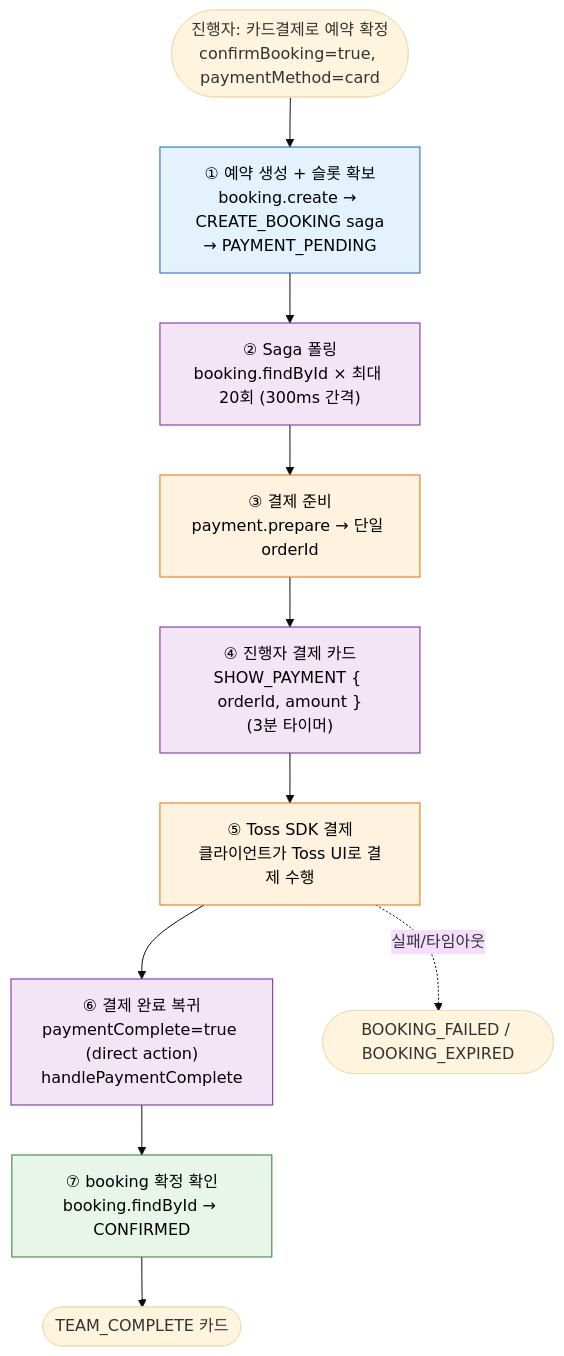
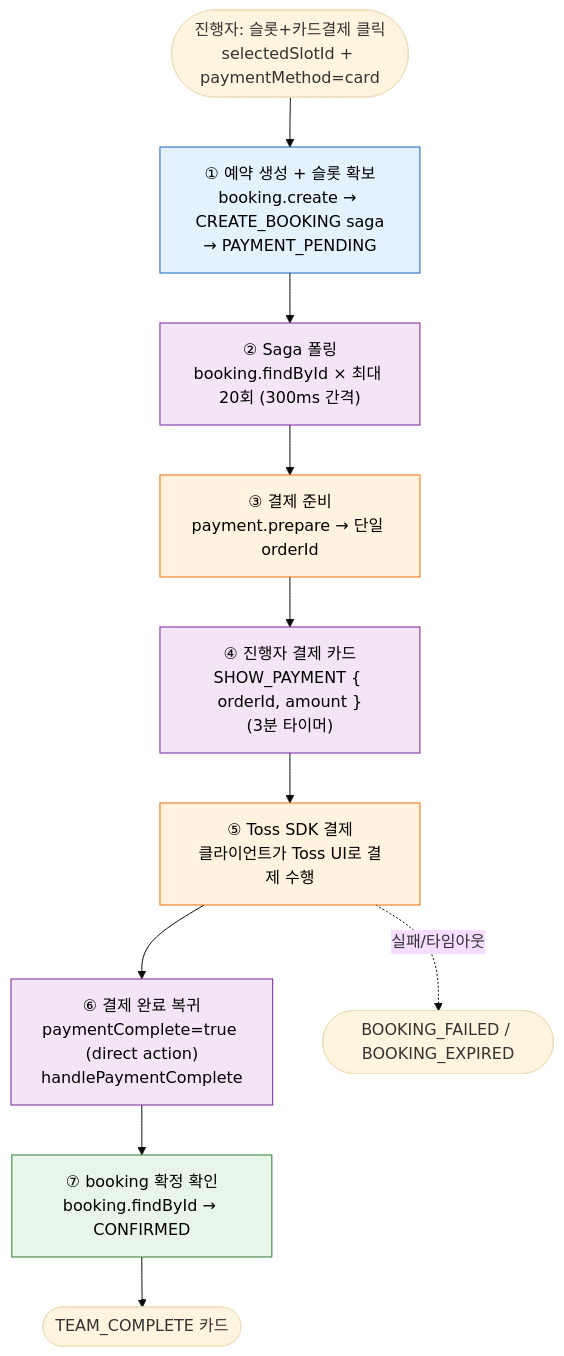
Before and after one commit to uniyous/parkgolf-platform: the first of 3 diagrams in docs/workflow/AGENT_PAY.md, drawn with Mermaid (base theme). The commit also changed other lines of this file and 7 other files, not shown here.

````diff
--- a/docs/workflow/AGENT_PAY.md
+++ b/docs/workflow/AGENT_PAY.md
@@ -39,21 +41,21 @@
 ```mermaid
 flowchart TD
-    Start([진행자: 카드결제로 예약 확정<br/>confirmBooking=true, paymentMethod=card]) --> Create["① 예약 생성 + 슬롯 확보<br/>booking.create → CREATE_BOOKING saga<br/>→ PAYMENT_PENDING"]
+    Start([진행자: 슬롯+카드결제 클릭<br/>selectedSlotId + paymentMethod=card]) --> Create["① 예약 생성 + 슬롯 확보<br/>booking.create → CREATE_BOOKING saga<br/>→ PAYMENT_PENDING"]
     Create --> Poll["② Saga 폴링<br/>booking.findById × 최대 20회 (300ms 간격)"]
     Poll --> Prepare["③ 결제 준비<br/>payment.prepare → 단일 orderId"]
     Prepare --> ShowCard["④ 진행자 결제 카드<br/>SHOW_PAYMENT { orderId, amount }<br/>(3분 타이머)"]
     ShowCard --> Toss["⑤ Toss SDK 결제<br/>클라이언트가 Toss UI로 결제 수행"]
     Toss --> Complete["⑥ 결제 완료 복귀<br/>paymentComplete=true (direct action)<br/>handlePaymentComplete"]
     Complete --> Confirm["⑦ booking 확정 확인<br/>booking.findById → CONFIRMED"]
     Confirm --> Done([TEAM_COMPLETE 카드])
     Toss -. 실패/타임아웃 .-> Failed([BOOKING_FAILED / BOOKING_EXPIRED])
 
     classDef agent fill:#f3e5f5,stroke:#7b1fa2,color:#000
     classDef saga fill:#e3f2fd,stroke:#1565c0,color:#000
     classDef booking fill:#e8f5e9,stroke:#2e7d32,color:#000
     classDef payment fill:#fff3e0,stroke:#ef6c00,color:#000
     class Create saga
     class Poll,ShowCard,Complete agent
     class Prepare,Toss payment
     class Confirm booking
 ```
````
